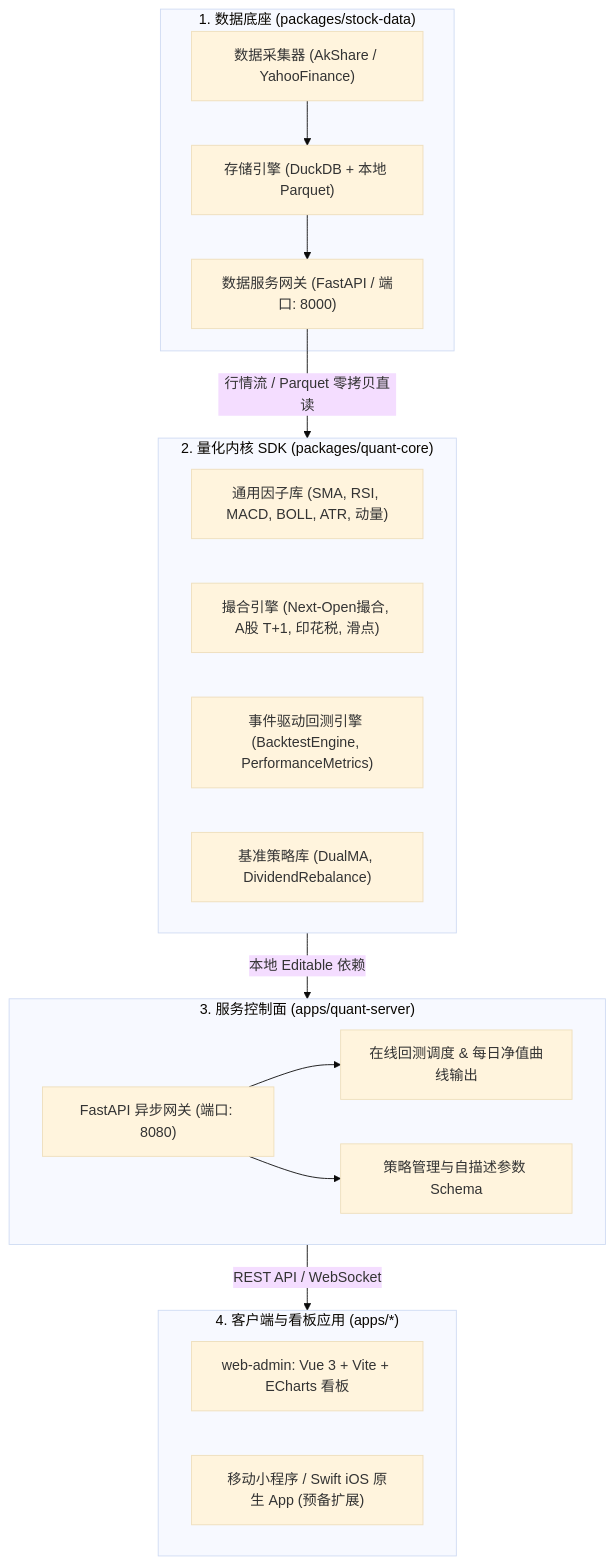
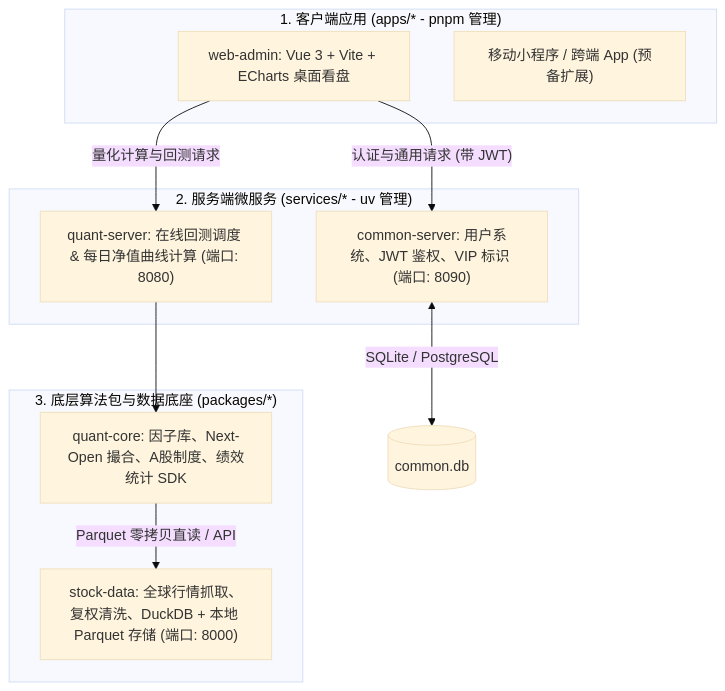
One commit to TMBeliever/stock-data-service changed the diagram in README.md. Above: the diagram before and after it, drawn with Mermaid (base theme). The commit also changed other lines of this file and 26 other files, not shown here.

Commit message:
feat: restructure monorepo to separate apps (clients) and services (backends), add common-server with user auth & VIP system

````diff
--- a/README.md
+++ b/README.md
@@ -10,33 +10,23 @@
 ```mermaid
 flowchart TD
-    subgraph DataPlatform["1. 数据底座 (packages/stock-data)"]
-        SD_Adapters["数据采集器 (AkShare / YahooFinance)"]
-        SD_Storage["存储引擎 (DuckDB + 本地 Parquet)"]
-        SD_Service["数据服务网关 (FastAPI / 端口: 8000)"]
-        SD_Adapters --> SD_Storage --> SD_Service
+    subgraph Clients["1. 客户端应用 (apps/* - pnpm 管理)"]
+        Client_Web["web-admin: Vue 3 + Vite + ECharts 桌面看盘"]
+        Client_Mobile["移动小程序 / 跨端 App (预备扩展)"]
     end
 
-    subgraph QuantCore["2. 量化内核 SDK (packages/quant-core)"]
-        QC_Factors["通用因子库 (SMA, RSI, MACD, BOLL, ATR, 动量)"]
-        QC_Broker["撮合引擎 (Next-Open撮合, A股 T+1, 印花税, 滑点)"]
-        QC_Engine["事件驱动回测引擎 (BacktestEngine, PerformanceMetrics)"]
-        QC_Benchmark["基准策略库 (DualMA, DividendRebalance)"]
+    subgraph MicroServices["2. 服务端微服务 (services/* - uv 管理)"]
+        CS_Service["common-server: 用户系统、JWT 鉴权、VIP 标识 (端口: 8090)"]
+        QS_Service["quant-server: 在线回测调度 & 每日净值曲线计算 (端口: 8080)"]
     end
 
-    subgraph ServiceApp["3. 服务控制面 (apps/quant-server)"]
-        QS_API["FastAPI 异步网关 (端口: 8080)"]
-        QS_Backtest["在线回测调度 & 每日净值曲线输出"]
-        QS_Strategies["策略管理与自描述参数 Schema"]
-        QS_API --> QS_Backtest
-        QS_API --> QS_Strategies
+    subgraph CorePackages["3. 底层算法包与数据底座 (packages/*)"]
+        QC_Core["quant-core: 因子库、Next-Open 撮合、A股制度、绩效统计 SDK"]
+        SD_Platform["stock-data: 全球行情抓取、复权清洗、DuckDB + 本地 Parquet 存储 (端口: 8000)"]
     end
 
-    subgraph Clients["4. 客户端与看板应用 (apps/*)"]
-        Client_Web["web-admin: Vue 3 + Vite + ECharts 看板"]
-        Client_Mobile["移动小程序 / Swift iOS 原生 App (预备扩展)"]
-    end
-
-    SD_Service -->|"行情流 / Parquet 零拷贝直读"| QuantCore
-    QuantCore -->|"本地 Editable 依赖"| ServiceApp
-    ServiceApp -->|"REST API / WebSocket"| Clients
+    Client_Web -->|"认证与通用请求 (带 JWT)"| CS_Service
+    Client_Web -->|"量化计算与回测请求"| QS_Service
+    CS_Service <-->|"SQLite / PostgreSQL"| CS_DB[(common.db)]
+    QS_Service --> QC_Core
+    QC_Core -->|"Parquet 零拷贝直读 / API"| SD_Platform
 ```
````
